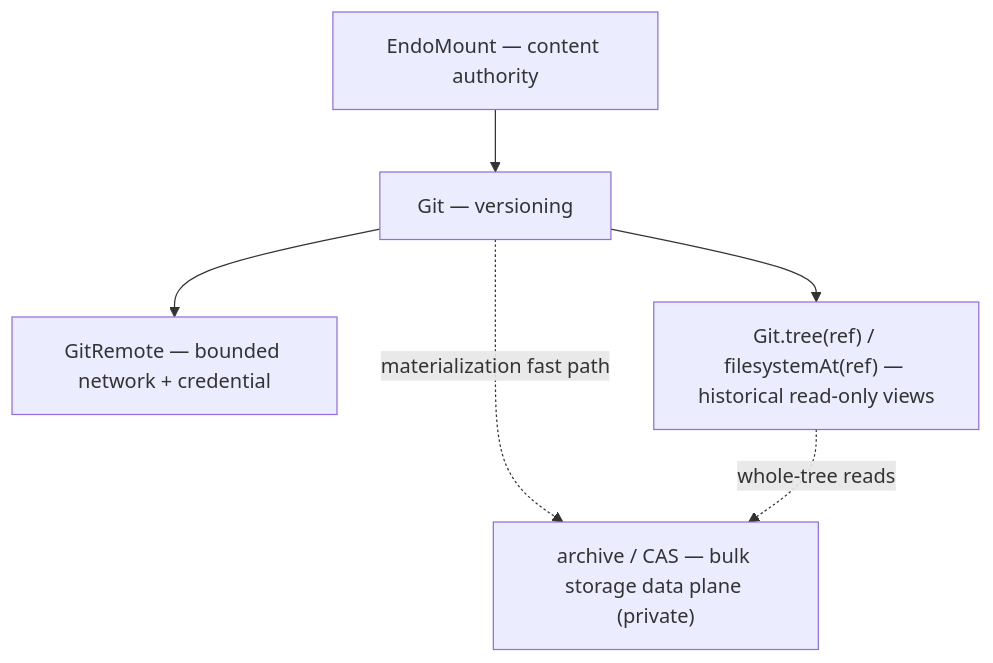
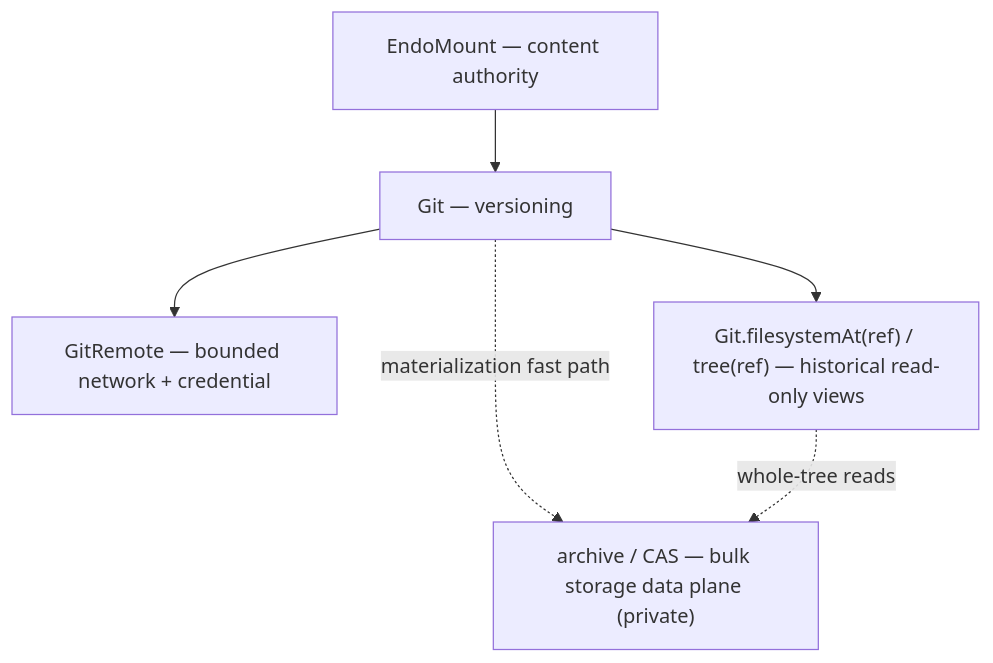
Before and after one commit to endojs/endo: the diagram in designs/daemon-git-next-steps.md, drawn with Mermaid. The commit also changed other lines of this file and 4 other files, not shown here.

First line of the commit message:
design: accept and sequence the git-capability stack for the version-controlled-filesystem loop (M3) (#691)

````diff
--- a/designs/daemon-git-next-steps.md
+++ b/designs/daemon-git-next-steps.md
@@ -55,14 +59,14 @@
 ```mermaid
 flowchart TD
   mount["EndoMount — content authority"]
   git["Git — versioning"]
   remote["GitRemote — bounded network + credential"]
-  hist["Git.tree(ref) / filesystemAt(ref) — historical read-only views"]
+  hist["Git.filesystemAt(ref) / tree(ref) — historical read-only views"]
   bulk["archive / CAS — bulk storage data plane (private)"]
 
   mount --> git
   git --> remote
   git --> hist
   git -.->|materialization fast path| bulk
   hist -.->|whole-tree reads| bulk
 ```
````
